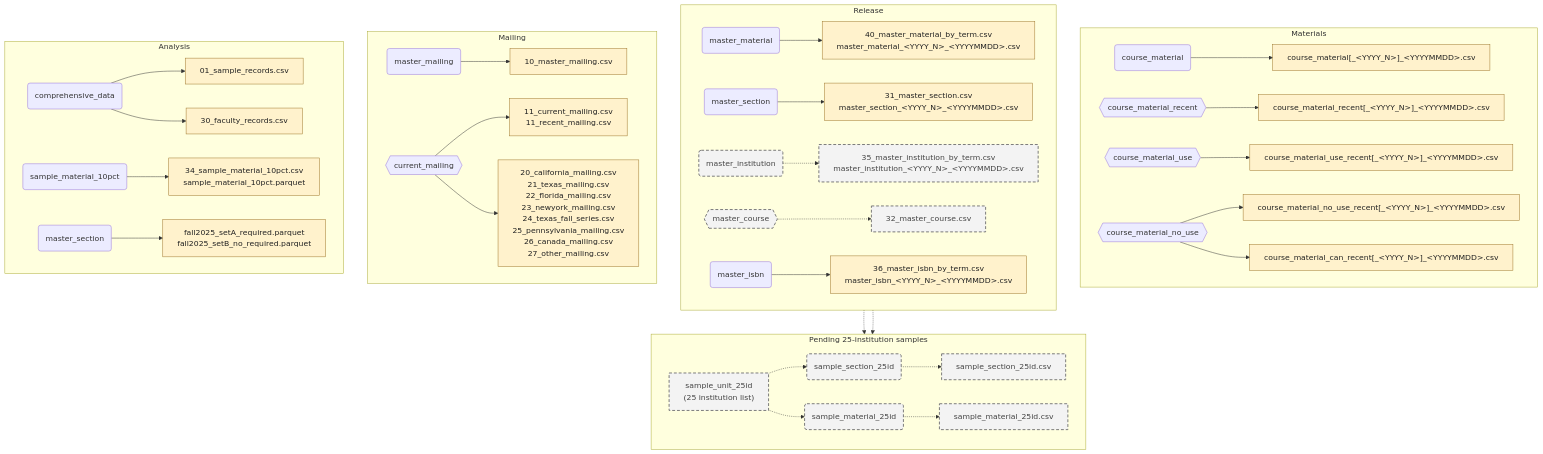
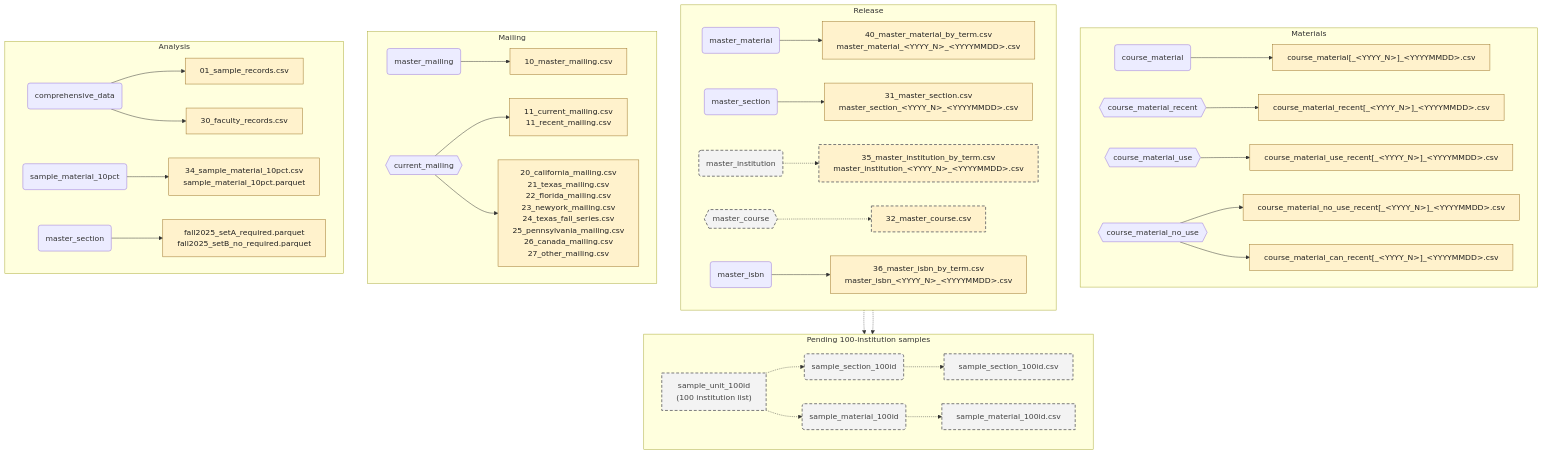
One commit to christopherseaman/commodoreSQL changed the second of 2 diagrams in CMM-DATA-FLOW.md. Above: the diagram before and after it, drawn with Mermaid. The commit also changed other lines of this file and 94 other files, not shown here.

````diff
--- a/CMM-DATA-FLOW.md
+++ b/CMM-DATA-FLOW.md
@@ -316,23 +563,25 @@
         master_section_analysis --> subset_files
     end
 
-    subgraph pending_sample_exports["Pending 25-institution samples"]
+    subgraph pending_sample_exports["Pending 100-institution samples"]
         direction LR
-        sample_unit_25id["sample_unit_25id<br/>(25 institution list)"]
-        sample25_material("sample_material_25id")
-        sample25_section("sample_section_25id")
-        sample25_material_file["sample_material_25id.csv"]
-        sample25_section_file["sample_section_25id.csv"]
-        master_material -.-> sample25_material
-        sample_unit_25id -.-> sample25_material
-        sample_unit_25id -.-> sample25_section
-        master_section -.-> sample25_section
-        sample25_section -.-> sample25_section_file
-        sample25_material -.-> sample25_material_file
+        sample_unit_100id["sample_unit_100id<br/>(100 institution list)"]
+        sample100_material("sample_material_100id")
+        sample100_section("sample_section_100id")
+        sample100_material_file["sample_material_100id.csv"]
+        sample100_section_file["sample_section_100id.csv"]
+        master_material -.-> sample100_material
+        sample_unit_100id -.-> sample100_material
+        sample_unit_100id -.-> sample100_section
+        master_section -.-> sample100_section
+        sample100_section -.-> sample100_section_file
+        sample100_material -.-> sample100_material_file
     end
 
     classDef file fill:#fff2cc,stroke:#9c7227,color:#222;
-    class course_file,recent_file,use_file,nouse_file,canada_file,cost_files,section_files,course_files,institution_files,isbn_files,master_file,mailing_files,geography_files,random_file,faculty_file,sample_file,subset_files file;
+    class course_file,recent_file,use_file,nouse_file,canada_file,cost_files,section_files,isbn_files,master_file,mailing_files,geography_files,random_file,faculty_file,sample_file,subset_files file;
     classDef expected fill:#f3f3f3,stroke:#777,stroke-width:2px,stroke-dasharray:6 4,color:#444;
-    class sample_unit_25id,sample25_material,sample25_section,sample25_material_file,sample25_section_file,master_course,master_institution,course_files,institution_files expected;
+    classDef provisionalFile fill:#fff2cc,stroke:#777,stroke-width:2px,stroke-dasharray:6 4,color:#222;
+    class sample_unit_100id,sample100_material,sample100_section,sample100_material_file,sample100_section_file,master_course,master_institution expected;
+    class course_files,institution_files provisionalFile;
 ```
````
